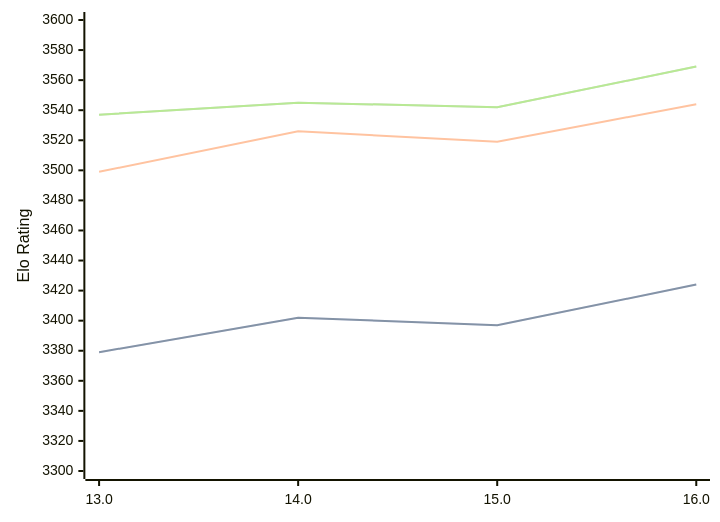
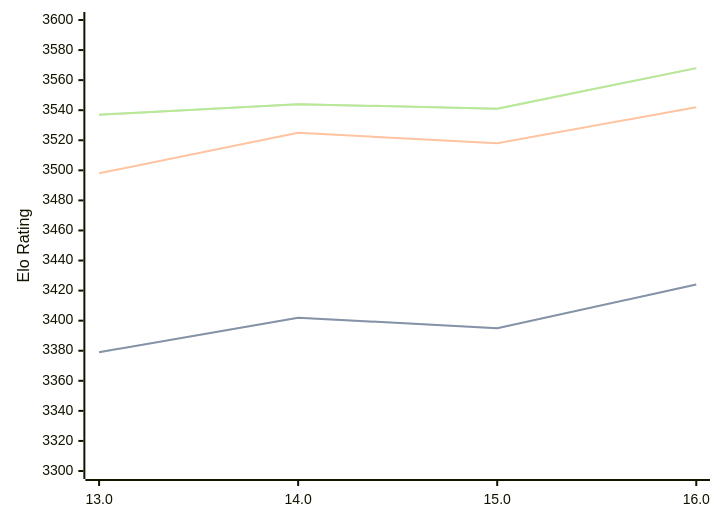
The diagram in engines/Obsidian.md (computer-chess-index/cci), drawn with Mermaid before and after one commit. The commit also changed other lines of this file, not shown here.

Commit message:
Update CCI Ratings (ELO VLTC) - 2026-06-07

````diff
--- a/engines/Obsidian.md
+++ b/engines/Obsidian.md
@@ -43,11 +43,11 @@
 ```mermaid
 %%{init: {"theme":"base","themeVariables":{"seriesColors:['#a3a3a3','#222221','#faa371']}}}%%
 xychart-beta
   x-axis ["13.0", "14.0", "15.0", "16.0"]
   y-axis "Elo Rating" 3300 --> 3600
-  line "STC (8.0+0.08s)" [3379, 3402, 3397, 3424]
-  line "STC (8.0+0.08s)" [3379, 3402, 3397, 3424]
-  line "LTC (60.0+0.60s)" [3499, 3526, 3519, 3544]
-  line "VLTC (2m24s+1.12s)" [3537, 3545, 3542, 3569]
-  line "VLTC (2m24s+1.12s)" [3537, 3545, 3542, 3569]
+  line "STC (8.0+0.08s)" [3379, 3402, 3395, 3424]
+  line "STC (8.0+0.08s)" [3379, 3402, 3395, 3424]
+  line "LTC (60.0+0.60s)" [3498, 3525, 3518, 3542]
+  line "VLTC (2m24s+1.12s)" [3537, 3544, 3541, 3568]
+  line "VLTC (2m24s+1.12s)" [3537, 3544, 3541, 3568]
 ```
````
